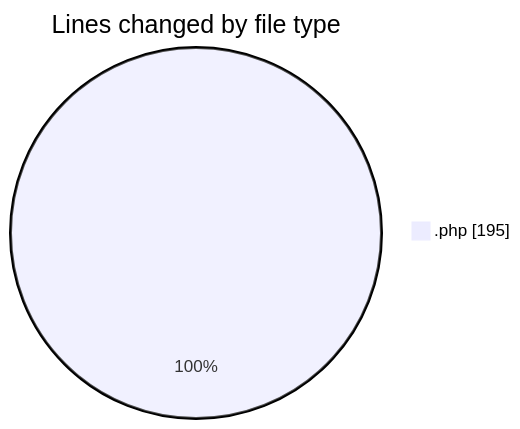
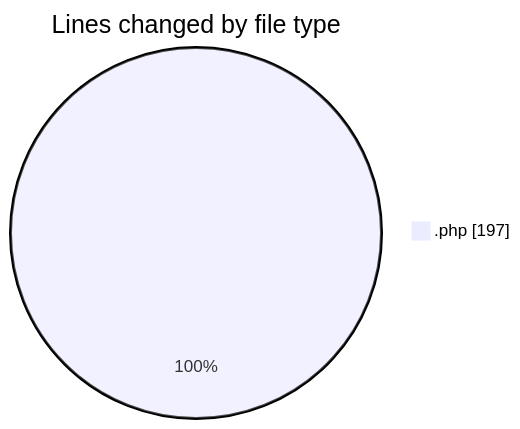
Before and after one commit to LanceThiago/code-tracking: the first of 2 diagrams in 2026-08-26/oficina/README.md, drawn with Mermaid. The commit also changed other lines of this file and 1 other file, not shown here.

````diff
--- a/2026-08-26/oficina/README.md
+++ b/2026-08-26/oficina/README.md
@@ -20,5 +20,5 @@
 ```mermaid
 pie showData
 title Lines changed by file type
-".php" : 195
+".php" : 197
 ```
````
